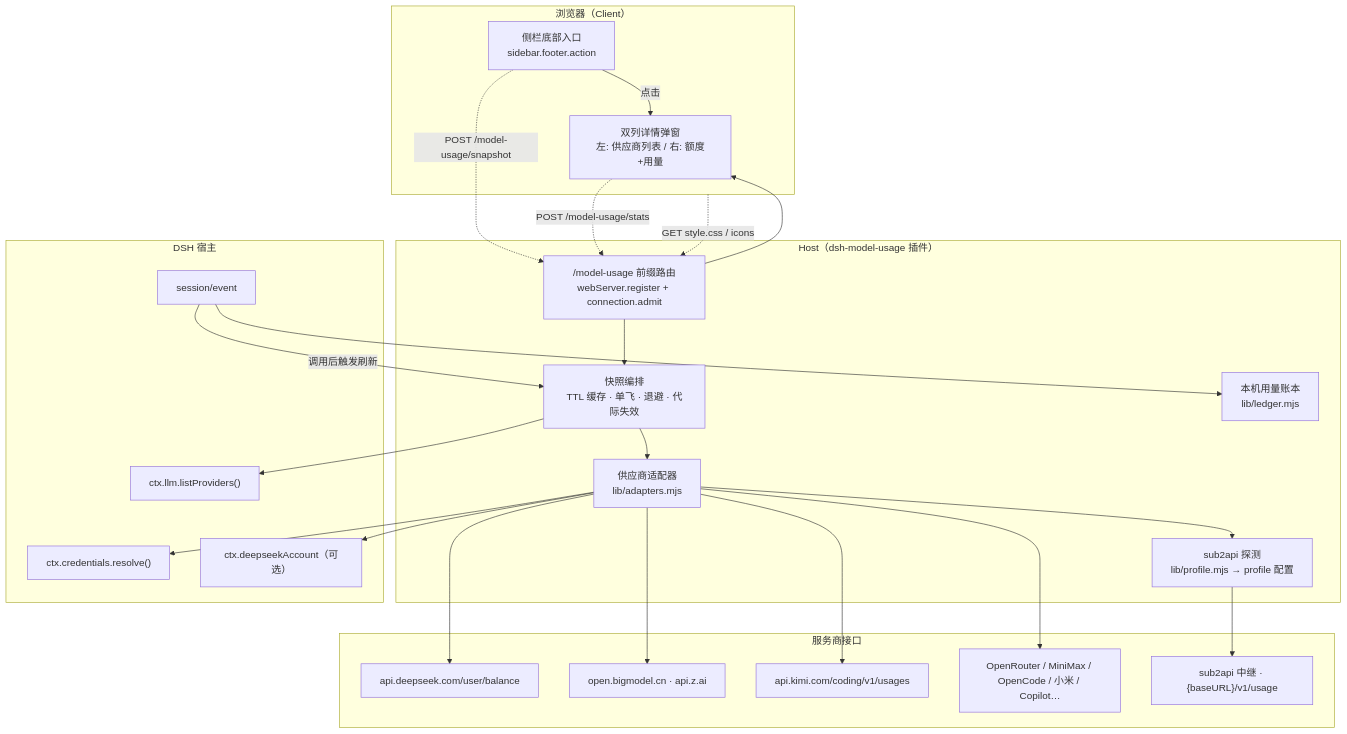
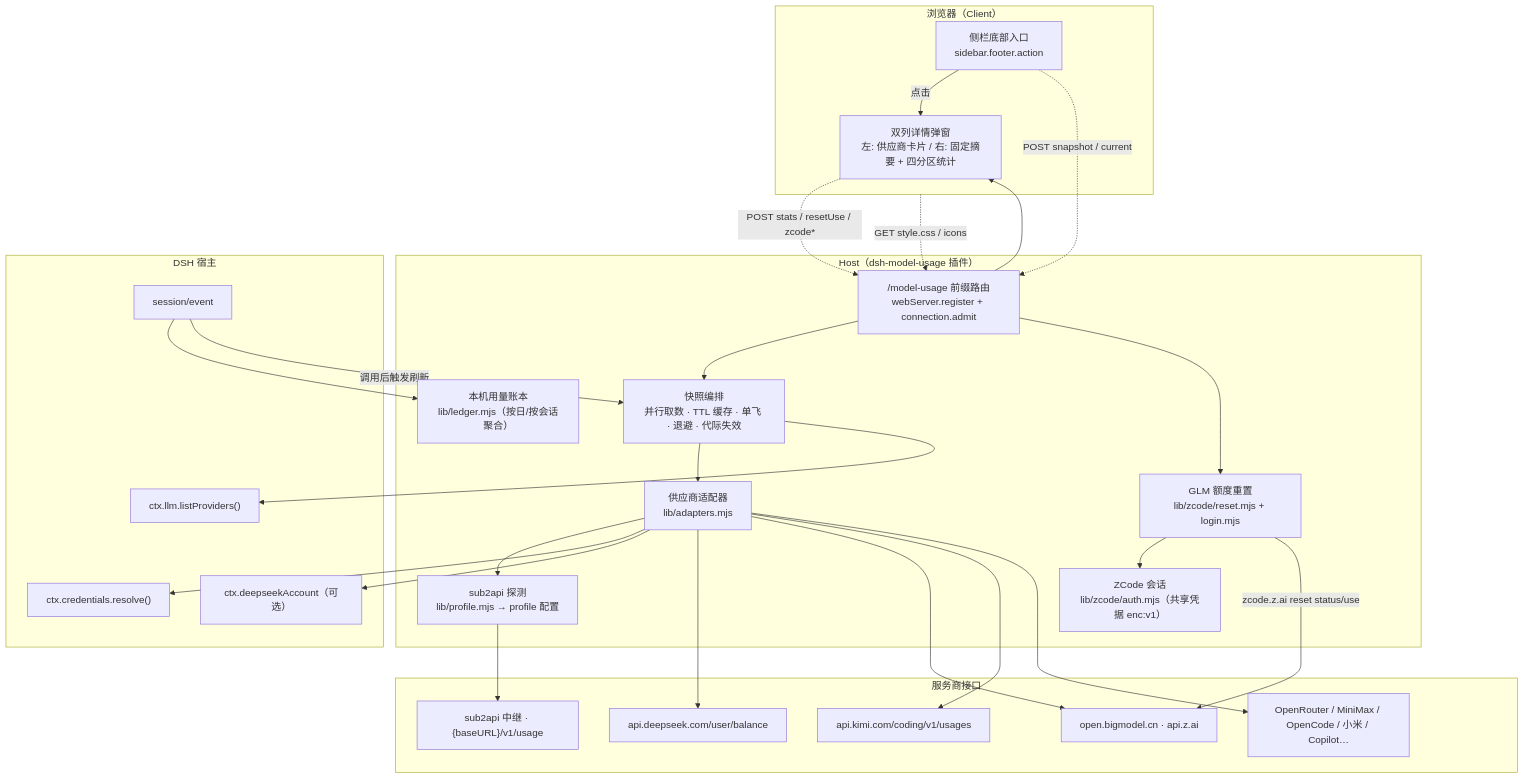
Before and after one commit to Antecer/dsh-model-usage: the first of 5 diagrams in docs/architecture.md, drawn with Mermaid. The commit also changed other lines of this file and 8 other files, not shown here.

````diff
--- a/docs/architecture.md
+++ b/docs/architecture.md
@@ -8,46 +8,51 @@
 ```mermaid
 flowchart TB
   subgraph Browser["浏览器（Client）"]
     Footer["侧栏底部入口<br/>sidebar.footer.action"]
-    Modal["双列详情弹窗<br/>左: 供应商列表 / 右: 额度+用量"]
+    Modal["双列详情弹窗<br/>左: 供应商卡片 / 右: 固定摘要 + 四分区统计"]
     Footer -->|点击| Modal
   end
 
   subgraph Host["Host（dsh-model-usage 插件）"]
     Route["/model-usage 前缀路由<br/>webServer.register + connection.admit"]
-    Snap["快照编排<br/>TTL 缓存 · 单飞 · 退避 · 代际失效"]
+    Snap["快照编排<br/>并行取数 · TTL 缓存 · 单飞 · 退避 · 代际失效"]
     Adapters["供应商适配器<br/>lib/adapters.mjs"]
     Probe["sub2api 探测<br/>lib/profile.mjs → profile 配置"]
-    Ledger["本机用量账本<br/>lib/ledger.mjs"]
+    Ledger["本机用量账本<br/>lib/ledger.mjs（按日/按会话聚合）"]
+    ZAuth["ZCode 会话<br/>lib/zcode/auth.mjs（共享凭据 enc:v1）"]
+    ZReset["GLM 额度重置<br/>lib/zcode/reset.mjs + login.mjs"]
     Route --> Snap
     Snap --> Adapters
     Adapters --> Probe
+    Route --> ZReset
+    ZReset --> ZAuth
   end
 
   subgraph DSH["DSH 宿主"]
     LLM["ctx.llm.listProviders()"]
     Cred["ctx.credentials.resolve()"]
     Events["session/event"]
     Acct["ctx.deepseekAccount（可选）"]
   end
 
   subgraph Upstream["服务商接口"]
     DeepSeek["api.deepseek.com/user/balance"]
     GLM["open.bigmodel.cn · api.z.ai"]
     Kimi["api.kimi.com/coding/v1/usages"]
     Others["OpenRouter / MiniMax / OpenCode / 小米 / Copilot…"]
     Sub2["sub2api 中继 · {baseURL}/v1/usage"]
   end
 
-  Footer -.->|POST /model-usage/snapshot| Route
-  Modal -.->|POST /model-usage/stats| Route
+  Footer -.->|POST snapshot / current| Route
+  Modal -.->|POST stats / resetUse / zcode*| Route
   Browser -.->|GET style.css / icons| Route
   Snap --> LLM
   Adapters --> Cred
   Adapters --> Acct
   Events --> Ledger
   Events -->|调用后触发刷新| Snap
   Adapters --> DeepSeek & GLM & Kimi & Others
   Probe --> Sub2
+  ZReset -->|zcode.z.ai reset status/use| GLM
   Route --> Modal
 ```
````
